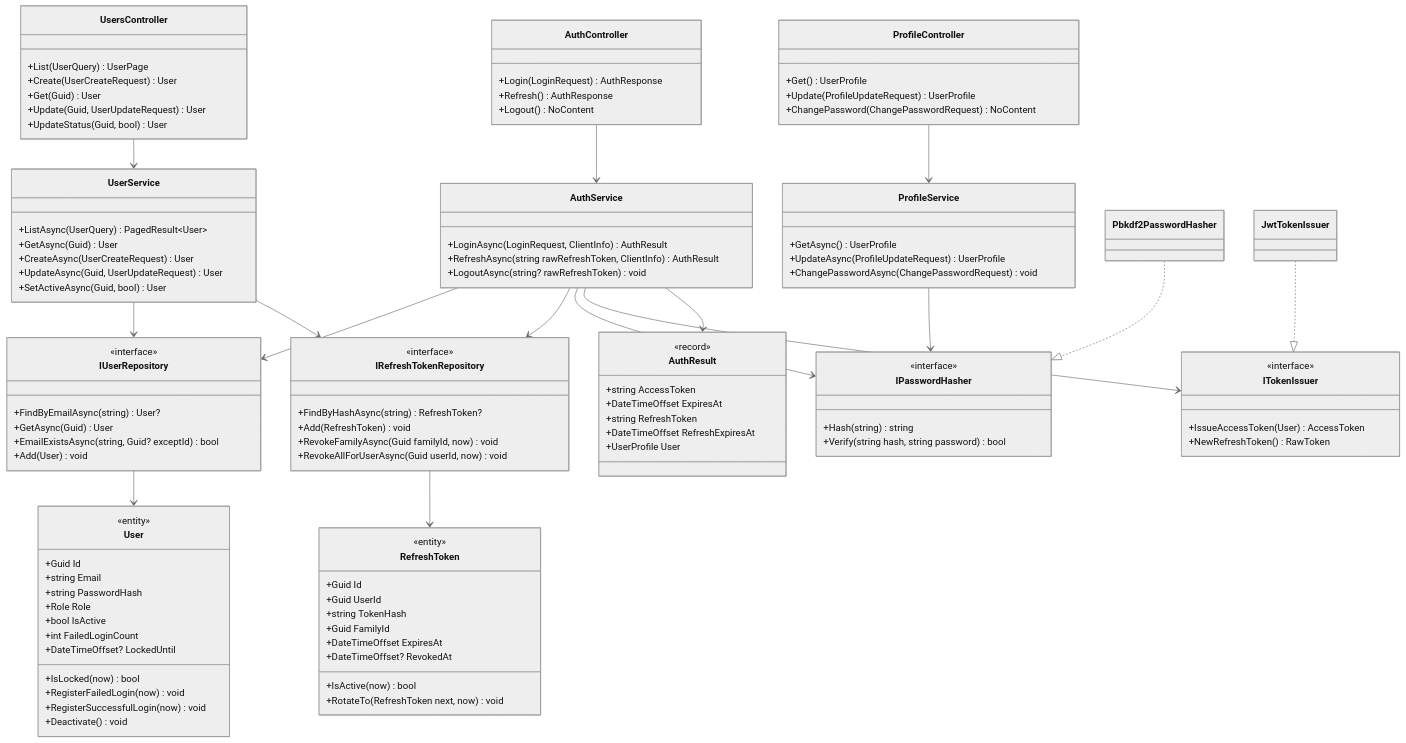
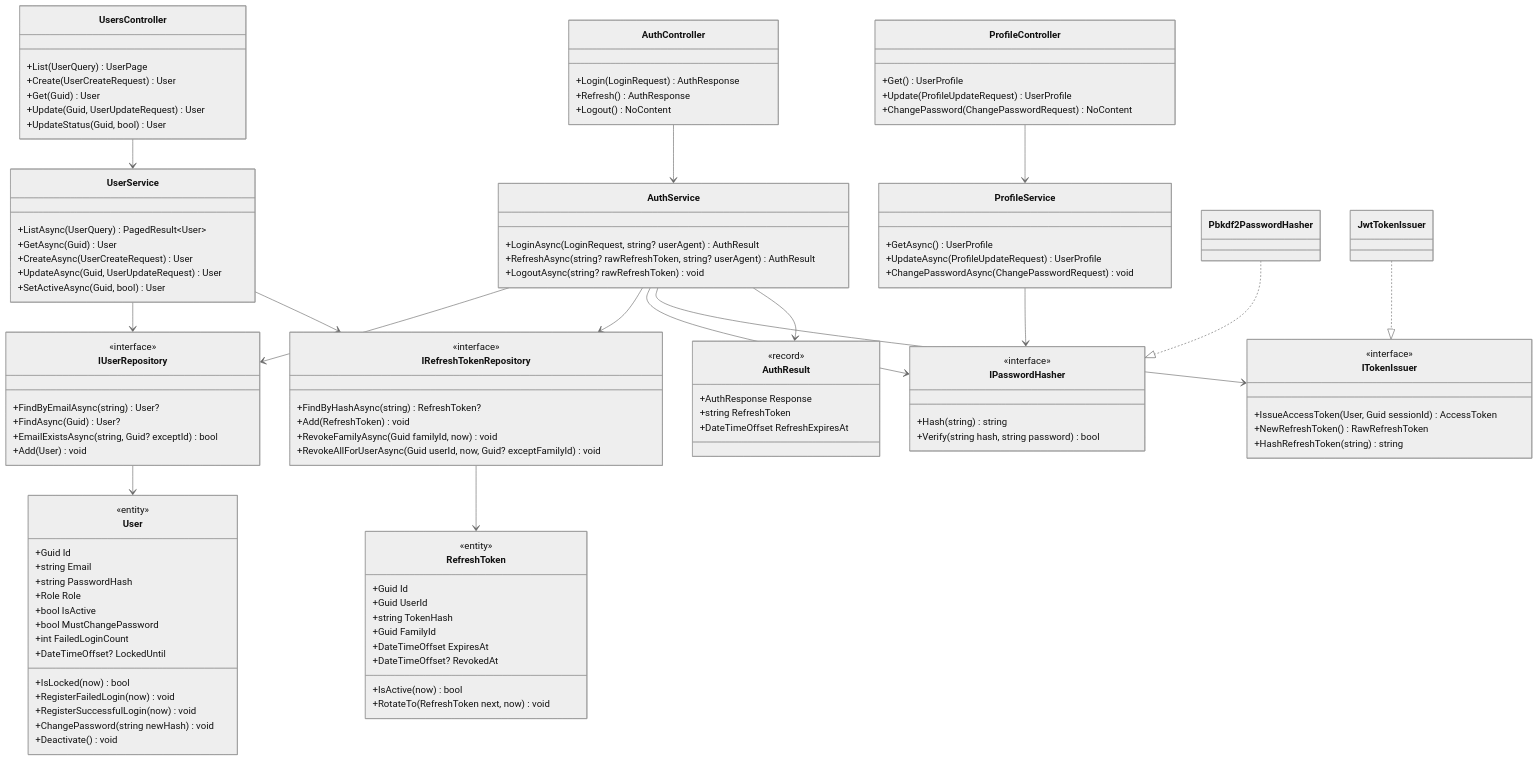
The second of 11 diagrams in docs/10-class-design.md (duongk18FPTU/recruitment-ats), drawn with Mermaid (neutral theme) before and after one commit. The commit also changed other lines of this file and 88 other files, not shown here.

First line of the commit message:
Add US01 login with JWT, refresh rotation, and the first-login password change

```diff
--- a/docs/10-class-design.md
+++ b/docs/10-class-design.md
@@ -130,8 +130,8 @@
         +ChangePassword(ChangePasswordRequest) NoContent
     }
     class AuthService {
-        +LoginAsync(LoginRequest, ClientInfo) AuthResult
-        +RefreshAsync(string rawRefreshToken, ClientInfo) AuthResult
+        +LoginAsync(LoginRequest, string? userAgent) AuthResult
+        +RefreshAsync(string? rawRefreshToken, string? userAgent) AuthResult
         +LogoutAsync(string? rawRefreshToken) void
     }
     class UserService {
@@ -148,11 +148,9 @@
     }
     class AuthResult {
         <<record>>
-        +string AccessToken
-        +DateTimeOffset ExpiresAt
+        +AuthResponse Response
         +string RefreshToken
         +DateTimeOffset RefreshExpiresAt
-        +UserProfile User
     }
     class User {
         <<entity>>
@@ -161,11 +159,13 @@
         +string PasswordHash
         +Role Role
         +bool IsActive
+        +bool MustChangePassword
         +int FailedLoginCount
         +DateTimeOffset? LockedUntil
         +IsLocked(now) bool
         +RegisterFailedLogin(now) void
         +RegisterSuccessfulLogin(now) void
+        +ChangePassword(string newHash) void
         +Deactivate() void
     }
     class RefreshToken {
@@ -182,7 +182,7 @@
     class IUserRepository {
         <<interface>>
         +FindByEmailAsync(string) User?
-        +GetAsync(Guid) User
+        +FindAsync(Guid) User?
         +EmailExistsAsync(string, Guid? exceptId) bool
         +Add(User) void
     }
@@ -191,7 +191,7 @@
         +FindByHashAsync(string) RefreshToken?
         +Add(RefreshToken) void
         +RevokeFamilyAsync(Guid familyId, now) void
-        +RevokeAllForUserAsync(Guid userId, now) void
+        +RevokeAllForUserAsync(Guid userId, now, Guid? exceptFamilyId) void
     }
     class IPasswordHasher {
         <<interface>>
@@ -200,8 +200,9 @@
     }
     class ITokenIssuer {
         <<interface>>
-        +IssueAccessToken(User) AccessToken
-        +NewRefreshToken() RawToken
+        +IssueAccessToken(User, Guid sessionId) AccessToken
+        +NewRefreshToken() RawRefreshToken
+        +HashRefreshToken(string) string
     }
     class Pbkdf2PasswordHasher
     class JwtTokenIssuer
```
